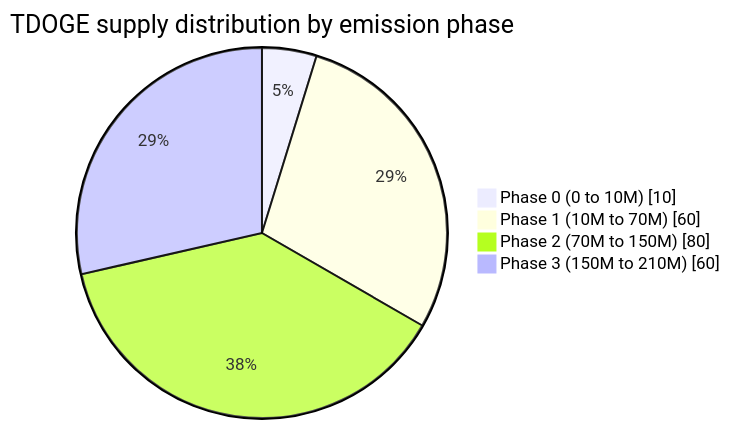
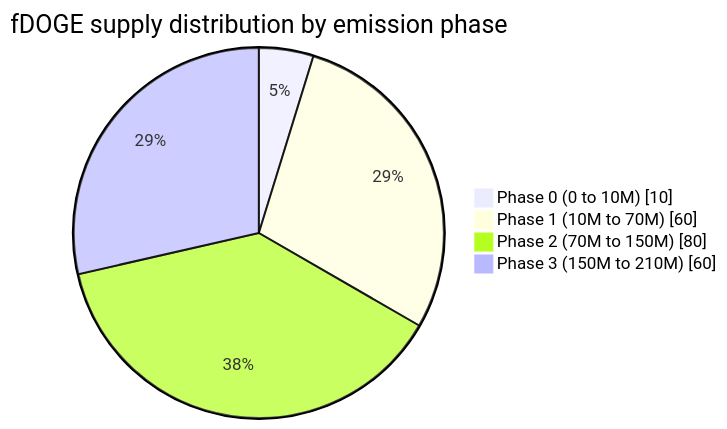
The fifth of 19 diagrams in WHITEPAPER.md (dudelynft-dotcom/DF), drawn with Mermaid before and after one commit. The commit also changed other lines of this file and 2 other files, not shown here.

````diff
--- a/WHITEPAPER.md
+++ b/WHITEPAPER.md
@@ -262,8 +257,8 @@
 ```mermaid
 pie showData
-    title TDOGE supply distribution by emission phase
+    title fDOGE supply distribution by emission phase
     "Phase 0 (0 to 10M)"   : 10
     "Phase 1 (10M to 70M)" : 60
     "Phase 2 (70M to 150M)": 80
     "Phase 3 (150M to 210M)": 60
 ```
````
